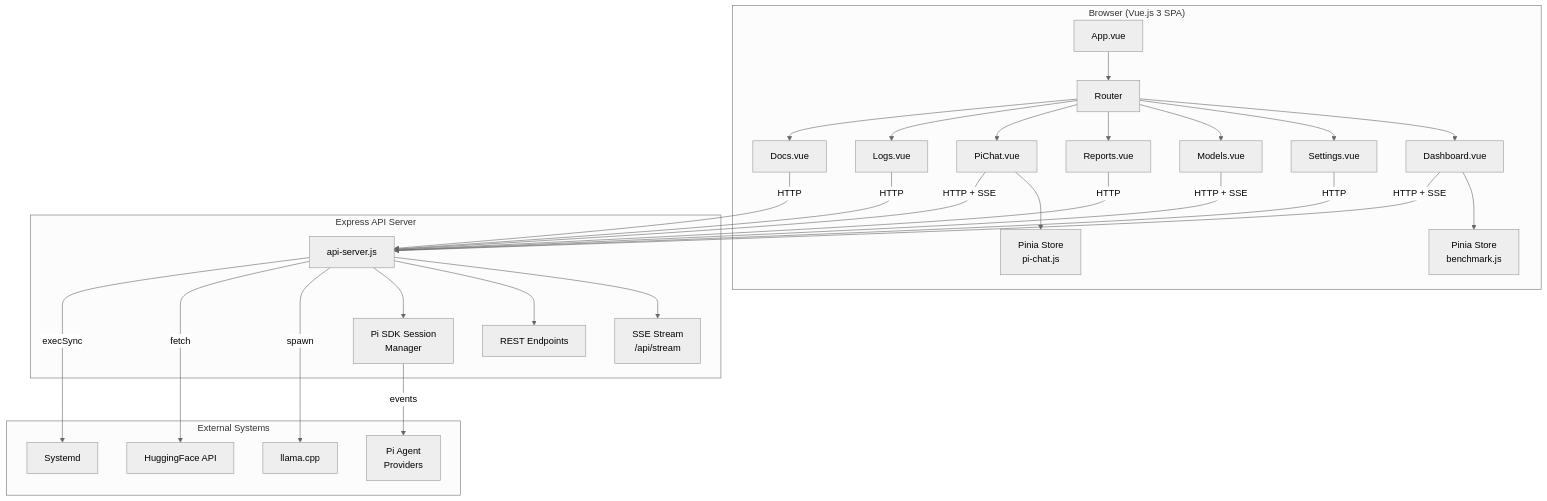
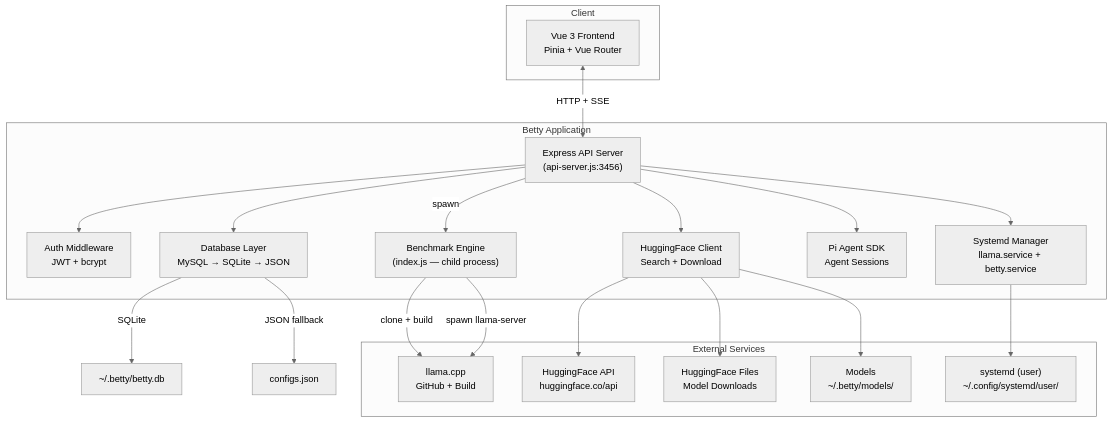
The first of 6 diagrams in docs/architecture.md (mepis/betty), drawn with Mermaid (neutral theme) before and after one commit. The commit also changed other lines of this file and 41 other files, not shown here.

````diff
--- a/docs/architecture.md
+++ b/docs/architecture.md
@@ -13,40 +28,40 @@
 ```mermaid
 graph TB
-    subgraph Browser["Browser (Vue.js 3 SPA)"]
-        A[App.vue] --> B[Router]
-        B --> C[Dashboard.vue]
-        B --> D[Settings.vue]
-        B --> E[Models.vue]
-        B --> F[Reports.vue]
-        B --> G[PiChat.vue]
-        B --> H[Logs.vue]
-        B --> I[Docs.vue]
-        C --> J[Pinia Store<br/>benchmark.js]
-        G --> K[Pinia Store<br/>pi-chat.js]
+    subgraph Client["Client"]
+        FE["Vue 3 Frontend<br/>Pinia + Vue Router"]
     end
 
-    subgraph Server["Express API Server"]
-        L[api-server.js] --> M[SSE Stream<br/>/api/stream]
-        L --> N[REST Endpoints]
-        L --> O[Pi SDK Session<br/>Manager]
+    subgraph Betty["Betty Application"]
+        API["Express API Server<br/>(api-server.js:3456)"]
+        AUTH["Auth Middleware<br/>JWT + bcrypt"]
+        DB["Database Layer<br/>MySQL → SQLite → JSON"]
+        BENCH["Benchmark Engine<br/>(index.js — child process)"]
+        HF["HuggingFace Client<br/>Search + Download"]
+        PI["Pi Agent SDK<br/>Agent Sessions"]
+        SVC["Systemd Manager<br/>llama.service + betty.service"]
     end
 
-    subgraph External["External Systems"]
-        P[llama.cpp]
-        Q[HuggingFace API]
-        R[Systemd]
-        S[Pi Agent<br/>Providers]
+    subgraph External["External Services"]
+        HF_API["HuggingFace API<br/>huggingface.co/api"]
+        LLAMA["llama.cpp<br/>GitHub + Build"]
+        HF_FILES["HuggingFace Files<br/>Model Downloads"]
+        SYSTEMD["systemd (user)<br/>~/.config/systemd/user/"]
+        MODELS["Models<br/>~/.betty/models/"]
     end
 
-    C -->|HTTP + SSE| L
-    D -->|HTTP| L
-    E -->|HTTP + SSE| L
-    F -->|HTTP| L
-    G -->|HTTP + SSE| L
-    H -->|HTTP| L
-    I -->|HTTP| L
-    L -->|spawn| P
-    L -->|fetch| Q
-    L -->|execSync| R
-    O -->|events| S
+    FE <-->|HTTP + SSE| API
+    API --> AUTH
+    API --> DB
+    API -->|spawn| BENCH
+    API --> HF
+    API --> PI
+    API --> SVC
+    BENCH -->|clone + build| LLAMA
+    BENCH -->|spawn llama-server| LLAMA
+    HF --> HF_API
+    HF --> HF_FILES
+    HF --> MODELS
+    SVC --> SYSTEMD
+    DB -->|SQLite| DBFILE["~/.betty/betty.db"]
+    DB -->|JSON fallback| JSONF["configs.json"]
 ```
````
